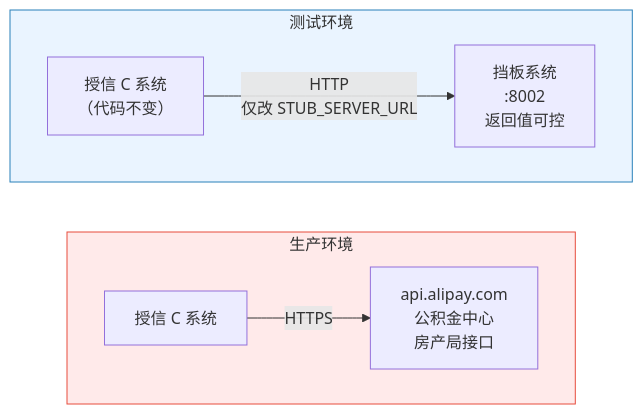
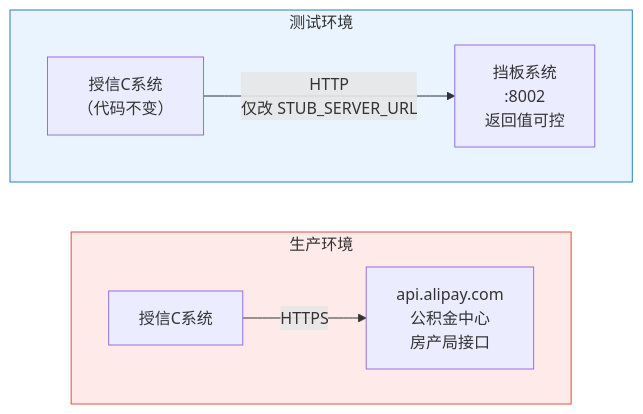
One commit to lee780/testagent-demo changed the fourth of 4 diagrams in docs/08-测试架构组网图.md. Above: the diagram before and after it, drawn with Mermaid. The commit also changed other lines of this file and 2 other files, not shown here.

First line of the commit message:
refactor: 统一系统叫法为 TestPilot / 授信C系统

````diff
--- a/docs/08-测试架构组网图.md
+++ b/docs/08-测试架构组网图.md
@@ -133,15 +125,15 @@
 ```mermaid
 flowchart LR
     subgraph PROD ["生产环境"]
         direction LR
-        C_PROD["授信 C 系统"] -- "HTTPS" --> EXT["api.alipay.com\n公积金中心\n房产局接口"]
+        C_PROD["授信C系统"] -- "HTTPS" --> EXT["api.alipay.com\n公积金中心\n房产局接口"]
     end
 
     subgraph TEST ["测试环境"]
         direction LR
-        C_TEST["授信 C 系统\n（代码不变）"] -- "HTTP\n仅改 STUB_SERVER_URL" --> STUB_T["挡板系统\n:8002\n返回值可控"]
+        C_TEST["授信C系统\n（代码不变）"] -- "HTTP\n仅改 STUB_SERVER_URL" --> STUB_T["挡板系统\n:8002\n返回值可控"]
     end
 
     style PROD fill:#ffeaea,stroke:#e74c3c
     style TEST fill:#eaf4ff,stroke:#2980b9
 ```
````
